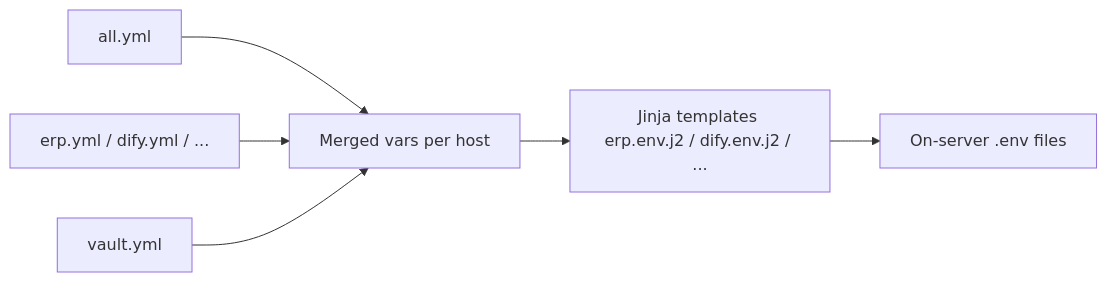
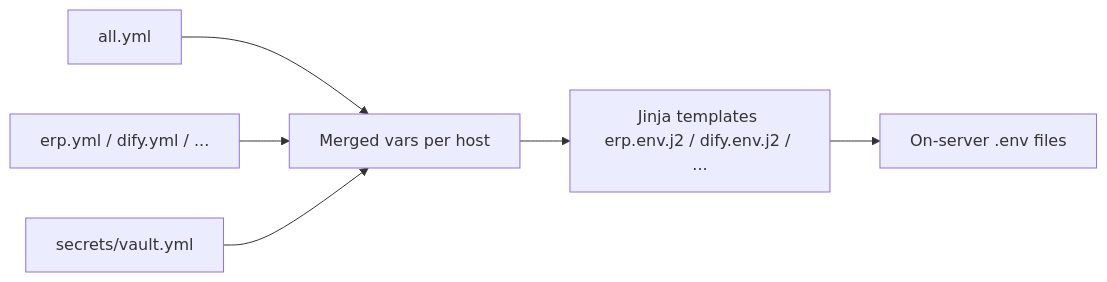
The tenth of 11 diagrams in ansible/README-site-workflow.md (alinadjar/iAnsible), drawn with Mermaid before and after one commit. The commit also changed other lines of this file and 28 other files, not shown here.

````diff
--- a/ansible/README-site-workflow.md
+++ b/ansible/README-site-workflow.md
@@ -259,8 +259,8 @@
 ```mermaid
 flowchart LR
   V1[all.yml] --> MERGE[Merged vars per host]
   V2[erp.yml / dify.yml / ...] --> MERGE
-  V3[vault.yml] --> MERGE
+  V3[secrets/vault.yml] --> MERGE
   MERGE --> TPL[Jinja templates erp.env.j2 / dify.env.j2 / ...]
   TPL --> ENV[On-server .env files]
 ```
````
